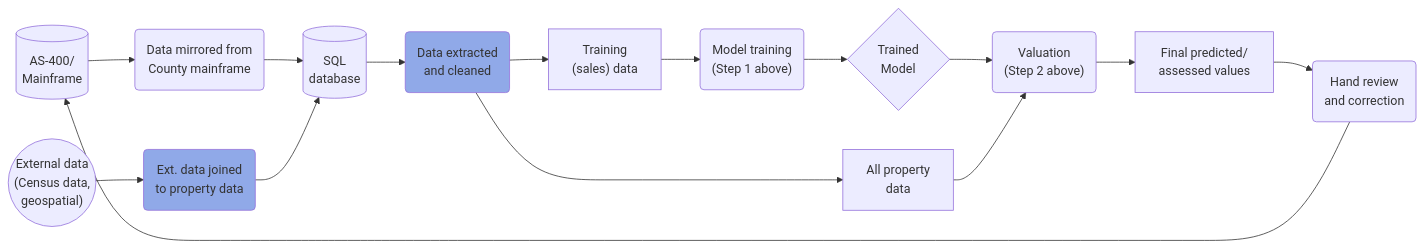
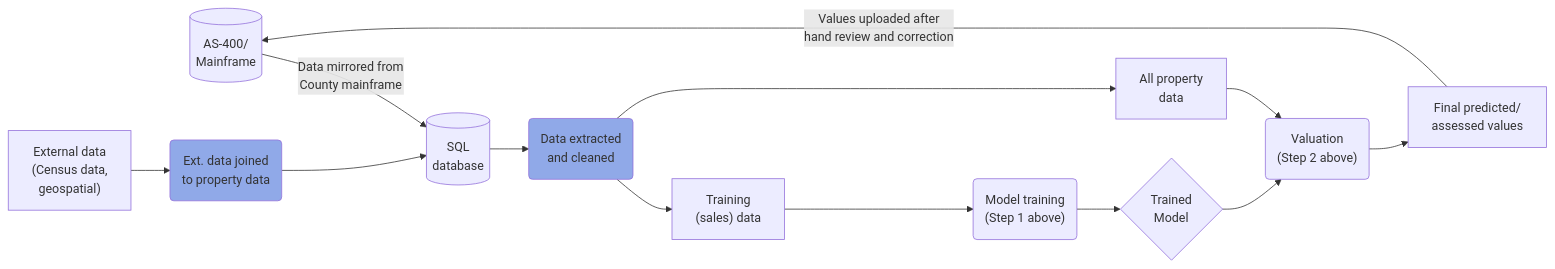
One commit to ccao-data/model-res-avm changed the diagram in README.Rmd. Above: the diagram before and after it, drawn with Mermaid. The commit also changed other lines of this file and 1 other file, not shown here.

Commit message:
Add mermaid pipeline diagram

````diff
--- a/README.Rmd
+++ b/README.Rmd
@@ -42,39 +42,35 @@
-```mermaid
+``` mermaid
 graph LR
     as400[("AS-400/<br>Mainframe")]
-    mirror("Data mirrored from<br>County mainframe")
-    ext_data(("External data<br>(Census data,<br>geospatial)"))
+    ext_data["External data<br>(Census data,<br>geospatial)"]
     etl_pinlocations("Ext. data joined<br>to property data")
     sql[("SQL<br>database")]
     etl_res_data("Data extracted<br>and cleaned")
     data_train["Training<br>(sales) data"]
     data_ass["All property<br>data"]
 
     model_step1("Model training<br>(Step 1 above)")
     model_step2("Valuation<br>(Step 2 above)")
     model{"Trained<br>Model"}
     final_vals["Final predicted/<br>assessed values"]
-    desk_review("Hand review<br>and correction")
 
     click etl_res_data "https://gitlab.com/ccao-data-science---modeling/processes/etl_res_data"
     click etl_pinlocations "https://gitlab.com/ccao-data-science---modeling/processes/etl_pinlocations"
 
     classDef Link fill:#90a9e8;
     class etl_res_data Link;
     class etl_pinlocations Link;
 
-    as400 --> mirror
-    mirror --> sql
+    as400 -->|"Data mirrored from<br>County mainframe"| sql
     ext_data --> etl_pinlocations
     etl_pinlocations --> sql
     sql --> etl_res_data
     etl_res_data --> data_train
     etl_res_data --> data_ass
     data_train --> model_step1
     model_step1 --> model
     model --> model_step2
     data_ass --> model_step2
     model_step2 --> final_vals
-    final_vals --> desk_review
-    desk_review --> as400
+    final_vals -->|"Values uploaded after<br>hand review and correction"| as400
 ```
````
